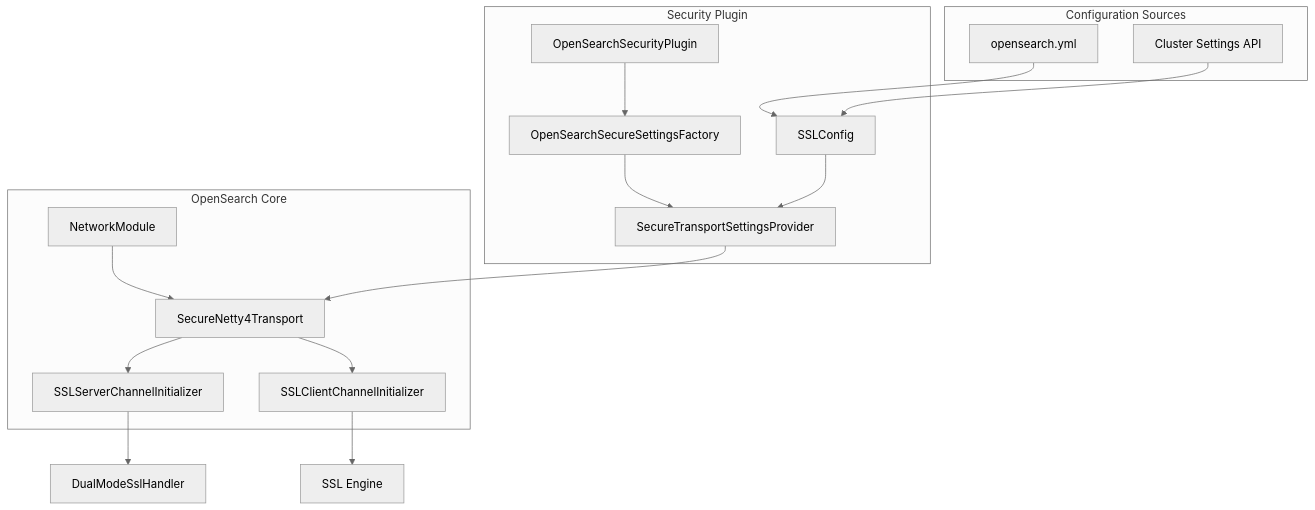
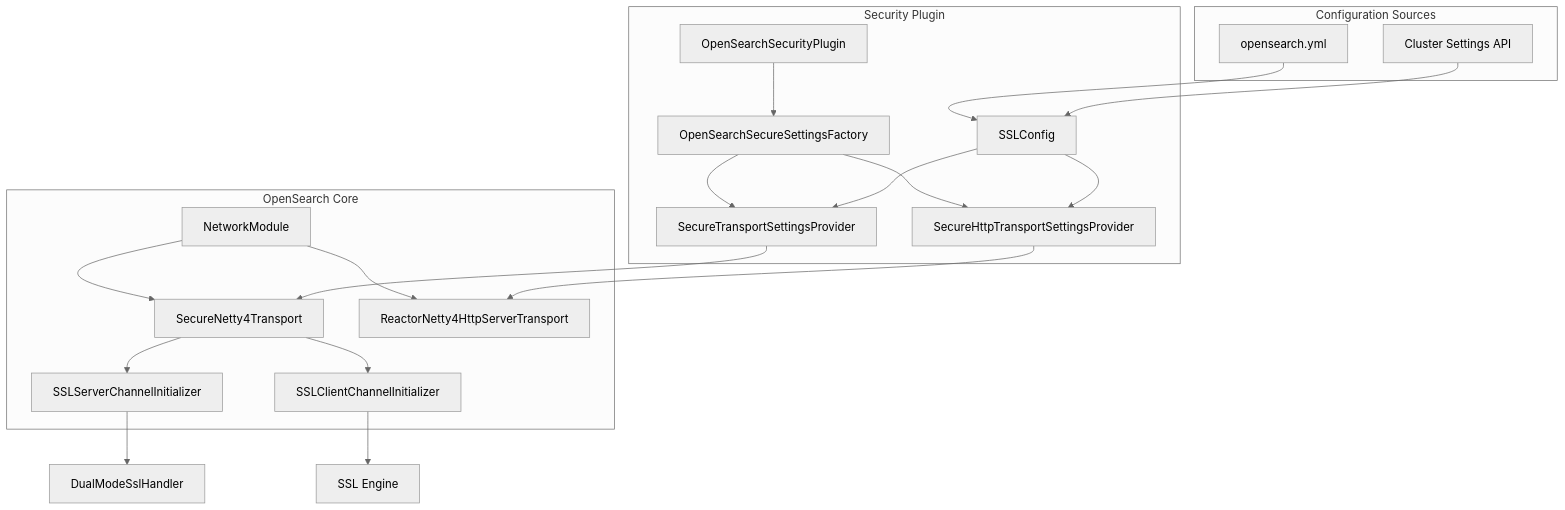
The first of 2 diagrams in docs/features/opensearch/secure-transport-settings.md (tkykenmt/opensearch-feature-explorer), drawn with Mermaid (neutral theme) before and after one commit. The commit also changed other lines of this file and 2 other files, not shown here.

Commit message:
docs: add Secure Transport Parameters report for v3.2.0 (#1233)

````diff
--- a/docs/features/opensearch/secure-transport-settings.md
+++ b/docs/features/opensearch/secure-transport-settings.md
@@ -11,23 +11,27 @@
 ```mermaid
 graph TB
     subgraph "OpenSearch Core"
         A[NetworkModule] --> B[SecureNetty4Transport]
+        A --> B2[ReactorNetty4HttpServerTransport]
         B --> C[SSLServerChannelInitializer]
         B --> D[SSLClientChannelInitializer]
     end
     
     subgraph "Security Plugin"
         E[OpenSearchSecurityPlugin] --> F[OpenSearchSecureSettingsFactory]
         F --> G[SecureTransportSettingsProvider]
+        F --> G2[SecureHttpTransportSettingsProvider]
         H[SSLConfig] --> G
+        H --> G2
     end
     
     subgraph "Configuration Sources"
         I[opensearch.yml] --> H
         J[Cluster Settings API] --> H
     end
     
     G --> B
+    G2 --> B2
     C --> K[DualModeSslHandler]
     D --> L[SSL Engine]
 ```
````
